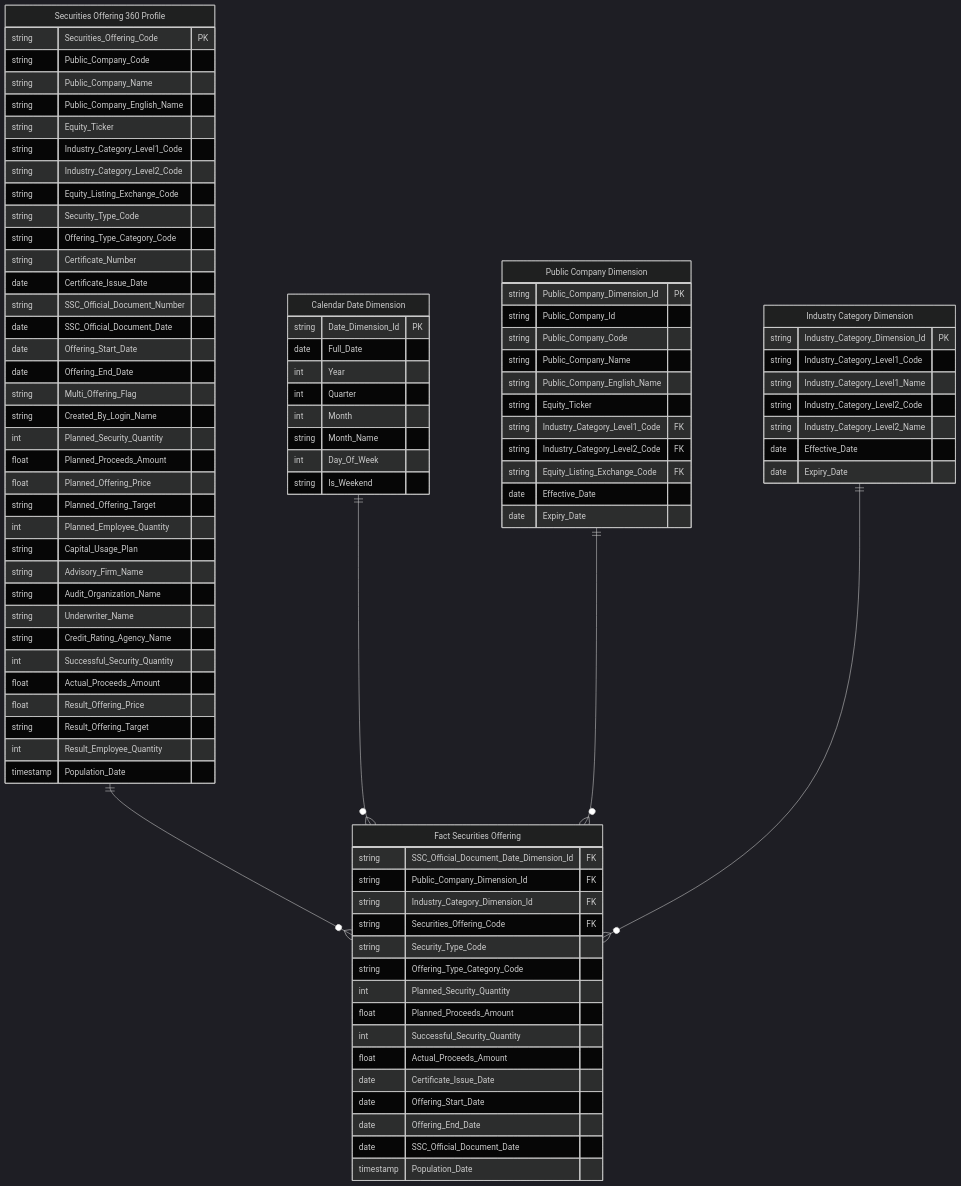
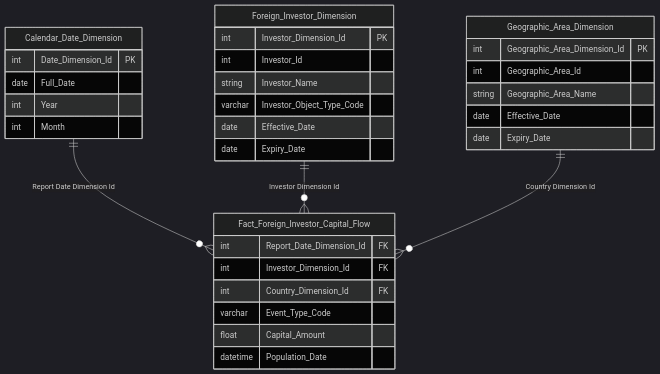
One commit to linhlvit/ubck_atomic_design changed diagram 11 of 32 in Gold/hld/test.md. Above: the diagram before and after it, drawn with Mermaid (dark theme). The commit also changed other lines of this file and 1 other file, not shown here.

````diff
--- a/Gold/hld/test.md
+++ b/Gold/hld/test.md
@@ -33,97 +614,36 @@
 ```mermaid
 erDiagram
-    SECURITIES_OFFERING_360_PROFILE["Securities Offering 360 Profile"] {
-        string Securities_Offering_Code PK
-        string Public_Company_Code
-        string Public_Company_Name
-        string Public_Company_English_Name
-        string Equity_Ticker
-        string Industry_Category_Level1_Code
-        string Industry_Category_Level2_Code
-        string Equity_Listing_Exchange_Code
-        string Security_Type_Code
-        string Offering_Type_Category_Code
-        string Certificate_Number
-        date Certificate_Issue_Date
-        string SSC_Official_Document_Number
-        date SSC_Official_Document_Date
-        date Offering_Start_Date
-        date Offering_End_Date
-        string Multi_Offering_Flag
-        string Created_By_Login_Name
-        int Planned_Security_Quantity
-        float Planned_Proceeds_Amount
-        float Planned_Offering_Price
-        string Planned_Offering_Target
-        int Planned_Employee_Quantity
-        string Capital_Usage_Plan
-        string Advisory_Firm_Name
-        string Audit_Organization_Name
-        string Underwriter_Name
-        string Credit_Rating_Agency_Name
-        int Successful_Security_Quantity
-        float Actual_Proceeds_Amount
-        float Result_Offering_Price
-        string Result_Offering_Target
-        int Result_Employee_Quantity
-        timestamp Population_Date
-    }
-
-    CALENDAR_DATE_DIMENSION["Calendar Date Dimension"] {
-        string Date_Dimension_Id PK
+    Calendar_Date_Dimension {
+        int Date_Dimension_Id PK
         date Full_Date
         int Year
-        int Quarter
         int Month
-        string Month_Name
-        int Day_Of_Week
-        string Is_Weekend
     }
-
-    PUBLIC_COMPANY_DIMENSION["Public Company Dimension"] {
-        string Public_Company_Dimension_Id PK
-        string Public_Company_Id
-        string Public_Company_Code
-        string Public_Company_Name
-        string Public_Company_English_Name
-        string Equity_Ticker
-        string Industry_Category_Level1_Code FK
-        string Industry_Category_Level2_Code FK
-        string Equity_Listing_Exchange_Code FK
+    Foreign_Investor_Dimension {
+        int Investor_Dimension_Id PK
+        int Investor_Id
+        string Investor_Name
+        varchar Investor_Object_Type_Code
         date Effective_Date
         date Expiry_Date
     }
-
-    INDUSTRY_CATEGORY_DIMENSION["Industry Category Dimension"] {
-        string Industry_Category_Dimension_Id PK
-        string Industry_Category_Level1_Code
-        string Industry_Category_Level1_Name
-        string Industry_Category_Level2_Code
-        string Industry_Category_Level2_Name
+    Geographic_Area_Dimension {
+        int Geographic_Area_Dimension_Id PK
+        int Geographic_Area_Id
+        string Geographic_Area_Name
         date Effective_Date
         date Expiry_Date
     }
-    
-    FACT_SECURITIES_OFFERING["Fact Securities Offering"] {
-        string SSC_Official_Document_Date_Dimension_Id FK
-        string Public_Company_Dimension_Id FK
-        string Industry_Category_Dimension_Id FK
-        string Securities_Offering_Code FK
-        string Security_Type_Code 
-        string Offering_Type_Category_Code 
-        int Planned_Security_Quantity
-        float Planned_Proceeds_Amount
-        int Successful_Security_Quantity
-        float Actual_Proceeds_Amount
-        date Certificate_Issue_Date
-        date Offering_Start_Date
-        date Offering_End_Date
-        date SSC_Official_Document_Date
-        timestamp Population_Date
+    Fact_Foreign_Investor_Capital_Flow {
+        int Report_Date_Dimension_Id FK
+        int Investor_Dimension_Id FK
+        int Country_Dimension_Id FK
+        varchar Event_Type_Code
+        float Capital_Amount
+        datetime Population_Date
     }
-    
-    SECURITIES_OFFERING_360_PROFILE ||--o{ FACT_SECURITIES_OFFERING : " "
-    CALENDAR_DATE_DIMENSION ||--o{ FACT_SECURITIES_OFFERING : " "
-    PUBLIC_COMPANY_DIMENSION ||--o{ FACT_SECURITIES_OFFERING : " "
-    INDUSTRY_CATEGORY_DIMENSION ||--o{ FACT_SECURITIES_OFFERING : " "
+
+    Calendar_Date_Dimension ||--o{ Fact_Foreign_Investor_Capital_Flow : "Report Date Dimension Id"
+    Foreign_Investor_Dimension ||--o{ Fact_Foreign_Investor_Capital_Flow : "Investor Dimension Id"
+    Geographic_Area_Dimension ||--o{ Fact_Foreign_Investor_Capital_Flow : "Country Dimension Id"
 ```
````
